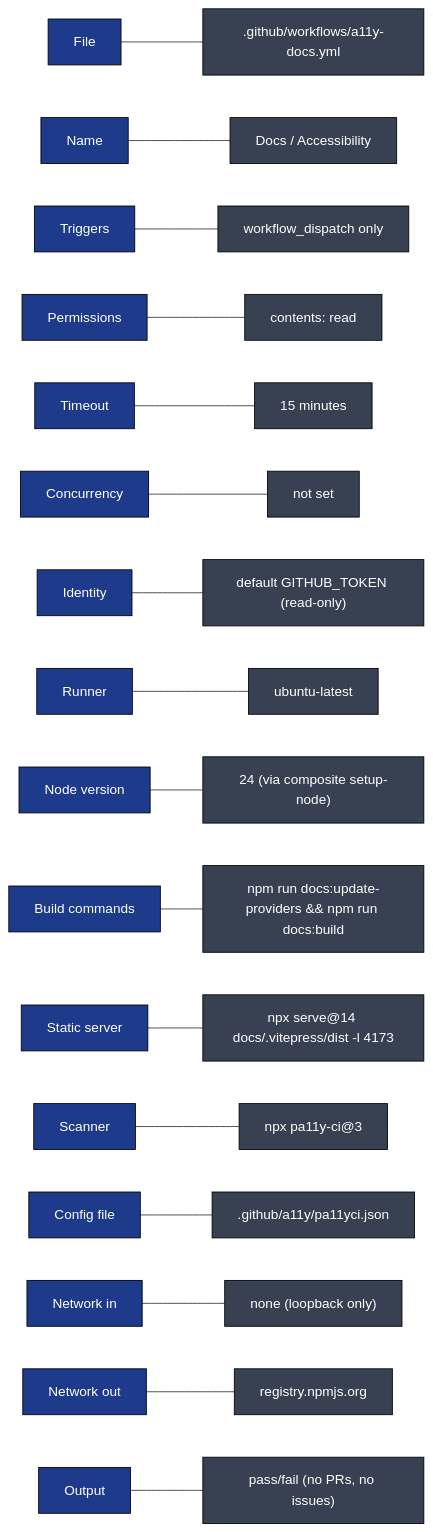
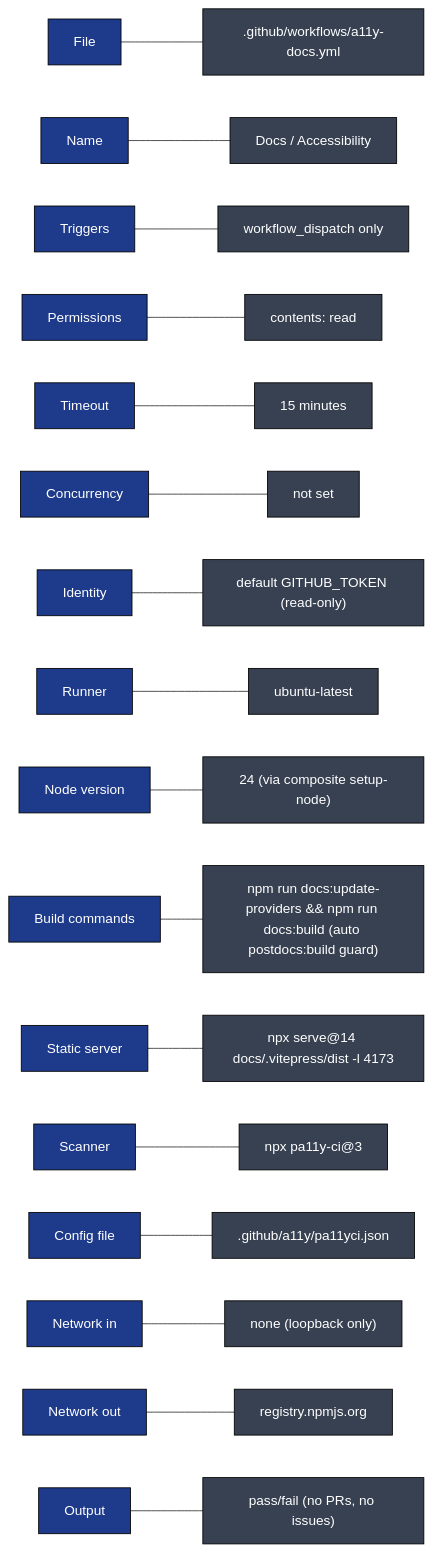
Before and after one commit to llm-exe/llm-exe: the tenth of 10 diagrams in .github/docs/A11Y_DOCS_DEEP_DIVE.md, drawn with Mermaid. The commit also changed other lines of this file and 3 other files, not shown here.

Commit message:
docs: sync docs-build deep dives after package.json postdocs:build change

````diff
--- a/.github/docs/A11Y_DOCS_DEEP_DIVE.md
+++ b/.github/docs/A11Y_DOCS_DEEP_DIVE.md
@@ -314,22 +315,22 @@
 ```mermaid
 flowchart LR
     classDef k fill:#1e3a8a,color:#fff,stroke:#000
     classDef v fill:#374151,color:#fff,stroke:#000
 
     K1["File"]:::k --- V1[".github/workflows/a11y-docs.yml"]:::v
     K2["Name"]:::k --- V2["Docs / Accessibility"]:::v
     K3["Triggers"]:::k --- V3["workflow_dispatch only"]:::v
     K4["Permissions"]:::k --- V4["contents: read"]:::v
     K5["Timeout"]:::k --- V5["15 minutes"]:::v
     K6["Concurrency"]:::k --- V6["not set"]:::v
     K7["Identity"]:::k --- V7["default GITHUB_TOKEN (read-only)"]:::v
     K8["Runner"]:::k --- V8["ubuntu-latest"]:::v
     K9["Node version"]:::k --- V9["24 (via composite setup-node)"]:::v
-    K10["Build commands"]:::k --- V10["npm run docs:update-providers && npm run docs:build"]:::v
+    K10["Build commands"]:::k --- V10["npm run docs:update-providers && npm run docs:build (auto postdocs:build guard)"]:::v
     K11["Static server"]:::k --- V11["npx serve@14 docs/.vitepress/dist -l 4173"]:::v
     K12["Scanner"]:::k --- V12["npx pa11y-ci@3"]:::v
     K13["Config file"]:::k --- V13[".github/a11y/pa11yci.json"]:::v
     K14["Network in"]:::k --- V14["none (loopback only)"]:::v
     K15["Network out"]:::k --- V15["registry.npmjs.org"]:::v
     K16["Output"]:::k --- V16["pass/fail (no PRs, no issues)"]:::v
 ```
````
